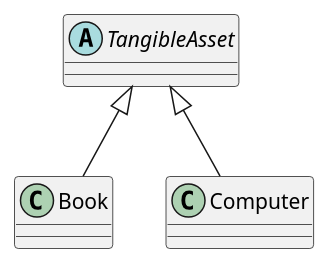
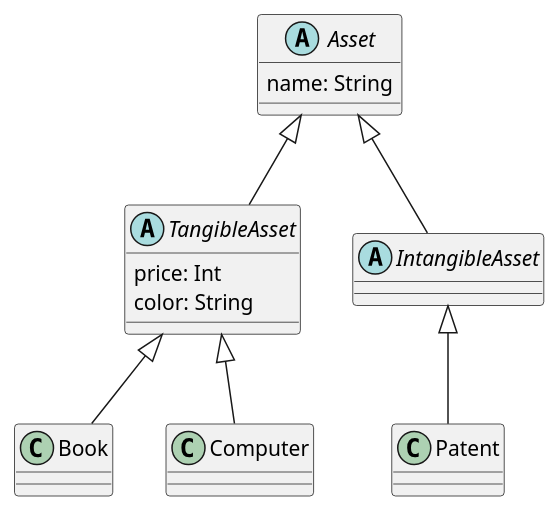
The diagram in src/main/kotlin/com/ezlevup/my/exercise2/asset.puml (SurvivalCodingCampus/gangnam2_kotlin_study), drawn with PlantUML before and after one commit. The commit also changed 6 other files, not shown here.

```diff
--- a/src/main/kotlin/com/ezlevup/my/exercise2/asset.puml
+++ b/src/main/kotlin/com/ezlevup/my/exercise2/asset.puml
@@ -1,10 +1,21 @@
 @startuml
 'https://plantuml.com/class-diagram
 
-abstract class TangibleAsset
+abstract class Asset {
+    name: String
+}
+
+abstract class TangibleAsset extends Asset {
+    price: Int
+    color: String
+}
+
+abstract class IntangibleAsset extends Asset
 
 class Book extends TangibleAsset
 
 class Computer extends TangibleAsset
 
+class Patent extends IntangibleAsset
+
 @enduml
```
